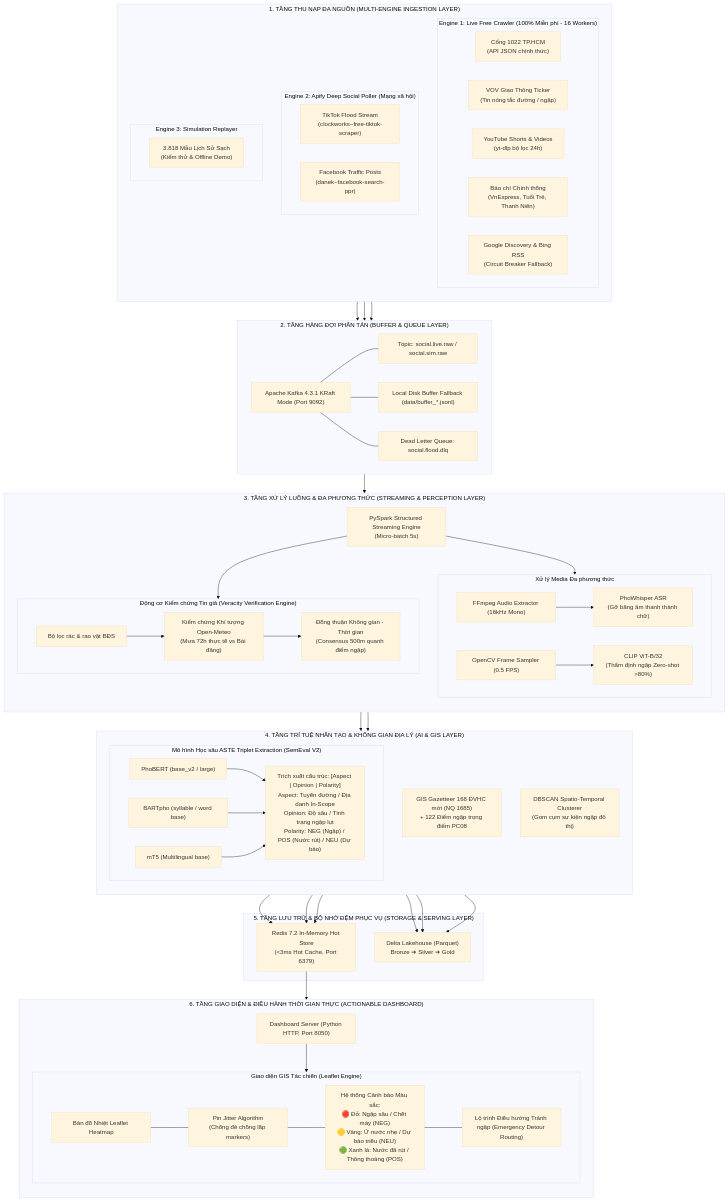
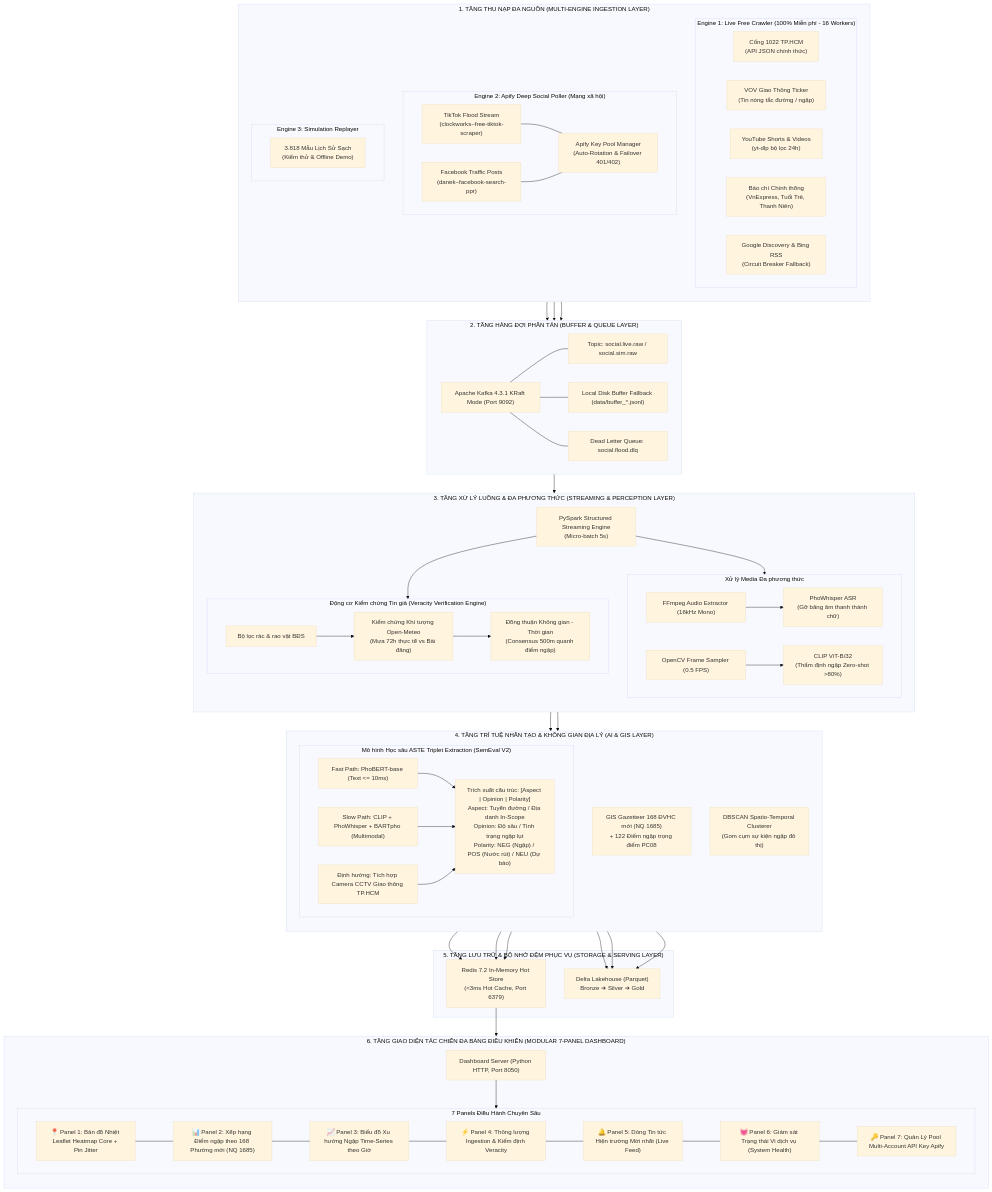
The diagram in documents/PROJECT_HANDOVER_AND_SYSTEM_OVERVIEW.md (SE363-HVT/urban-flood-monitor), drawn with Mermaid (base theme) before and after one commit. The commit also changed other lines of this file, not shown here.

Commit message:
docs: Bo sung chi tiet Panel 7 (Apify Key Pool), hien trang code Fast/Slow Path da co, ly do dung model tam thoi va ke hoach dat F1 >= 70% vao PROJECT_HANDOVER_AND_SYSTEM_OVERVIEW.md

```diff
--- a/documents/PROJECT_HANDOVER_AND_SYSTEM_OVERVIEW.md
+++ b/documents/PROJECT_HANDOVER_AND_SYSTEM_OVERVIEW.md
@@ -73,6 +73,8 @@
         subgraph Engine2["Engine 2: Apify Deep Social Poller (Mạng xã hội)"]
             E2_1["TikTok Flood Stream<br/>(clockworks~free-tiktok-scraper)"]
             E2_2["Facebook Traffic Posts<br/>(danek~facebook-search-ppr)"]
+            E2_3["Apify Key Pool Manager<br/>(Auto-Rotation & Failover 401/402)"]
+            E2_1 & E2_2 --- E2_3
         end
         subgraph Engine3["Engine 3: Simulation Replayer"]
             E3_1["3.818 Mẫu Lịch Sử Sạch<br/>(Kiểm thử & Offline Demo)"]
@@ -125,11 +127,11 @@
         CLUST["DBSCAN Spatio-Temporal Clusterer<br/>(Gom cụm sự kiện ngập đô thị)"]
         
         subgraph ASTE["Mô hình Học sâu ASTE Triplet Extraction (SemEval V2)"]
-            M_PHO["PhoBERT (base_v2 / large)"]
-            M_BART["BARTpho (syllable / word base)"]
-            M_MT5["mT5 (Multilingual base)"]
+            M_FAST["Fast Path: PhoBERT-base (Text <= 10ms)"]
+            M_SLOW["Slow Path: CLIP + PhoWhisper + BARTpho (Multimodal)"]
+            M_CCTV["Định hướng: Tích hợp Camera CCTV Giao thông TP.HCM"]
             M_TRIP["Trích xuất cấu trúc: [Aspect | Opinion | Polarity]<br/>Aspect: Tuyến đường / Địa danh In-Scope<br/>Opinion: Độ sâu / Tình trạng ngập lụt<br/>Polarity: NEG (Ngập) / POS (Nước rút) / NEU (Dự báo)"]
-            M_PHO & M_BART & M_MT5 --> M_TRIP
+            M_FAST & M_SLOW & M_CCTV --> M_TRIP
         end
     end
 
@@ -142,18 +144,21 @@
     end
 
     %% -------------------------------------------------------------
-    %% LAYER 6: ACTIONABLE GIS DASHBOARD
+    %% LAYER 6: MODULAR 7-PANEL GIS DASHBOARD
     %% -------------------------------------------------------------
-    subgraph L6["6. TẦNG GIAO DIỆN & ĐIỀU HÀNH THỜI GIAN THỰC (ACTIONABLE DASHBOARD)"]
+    subgraph L6["6. TẦNG GIAO DIỆN TÁC CHIẾN ĐA BẢNG ĐIỀU KHIỂN (MODULAR 7-PANEL DASHBOARD)"]
         direction TB
         SRV["Dashboard Server (Python HTTP, Port 8050)"]
         
-        subgraph UI["Giao diện GIS Tác chiến (Leaflet Engine)"]
-            UI1["Bản đồ Nhiệt Leaflet Heatmap"]
-            UI2["Pin Jitter Algorithm<br/>(Chống đè chồng lấp markers)"]
-            UI3["Hệ thống Cảnh báo Màu sắc:<br/>🔴 Đỏ: Ngập sâu / Chết máy (NEG)<br/>🟡 Vàng: Ứ nước nhẹ / Dự báo triều (NEU)<br/>🟢 Xanh lá: Nước đã rút / Thông thoáng (POS)"]
-            UI4["Lộ trình Điều hướng Tránh ngập (Emergency Detour Routing)"]
-            UI1 --- UI2 --- UI3 --- UI4
+        subgraph UI["7 Panels Điều Hành Chuyên Sâu"]
+            P1["📍 Panel 1: Bản đồ Nhiệt Leaflet Heatmap Core + Pin Jitter"]
+            P2["📊 Panel 2: Xếp hạng Điểm ngập theo 168 Phường mới (NQ 1685)"]
+            P3["📈 Panel 3: Biểu đồ Xu hướng Ngập Time-Series theo Giờ"]
+            P4["⚡ Panel 4: Thông lượng Ingestion & Kiểm định Veracity"]
+            P5["🔔 Panel 5: Dòng Tin tức Hiện trường Mới nhất (Live Feed)"]
+            P6["💓 Panel 6: Giám sát Trạng thái Vi dịch vụ (System Health)"]
+            P7["🔑 Panel 7: Quản Lý Pool Multi-Account API Key Apify"]
+            P1 --- P2 --- P3 --- P4 --- P5 --- P6 --- P7
         end
         SRV --> UI
     end
```
